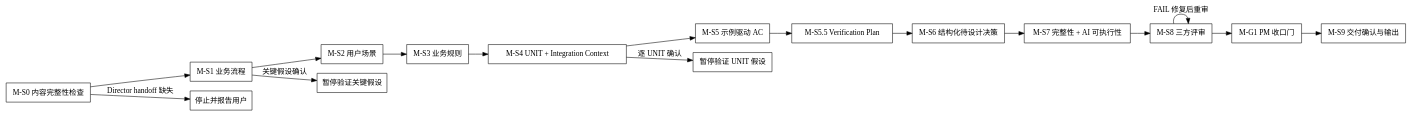
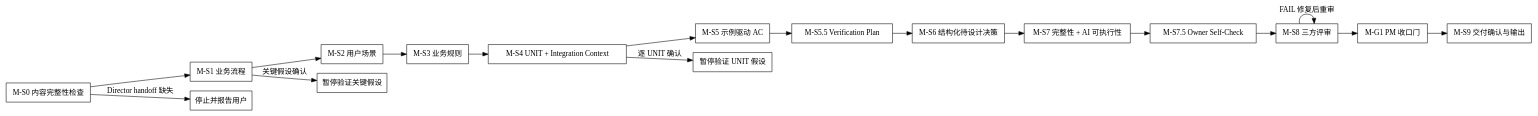
Before and after one commit to jieli-cqwl/org-claude-skills: the diagram in shared/skills/product-manager/SKILL.md, drawn with Graphviz. The commit also changed other lines of this file and 88 other files, not shown here.

````diff
--- a/shared/skills/product-manager/SKILL.md
+++ b/shared/skills/product-manager/SKILL.md
@@ -69,21 +80,22 @@
 ```dot
 digraph product_manager_flow {
   rankdir=LR;
   node [shape=box];
   "M-S0 内容完整性检查" -> "M-S1 业务流程";
   "M-S1 业务流程" -> "M-S2 用户场景";
   "M-S2 用户场景" -> "M-S3 业务规则";
   "M-S3 业务规则" -> "M-S4 UNIT + Integration Context";
   "M-S4 UNIT + Integration Context" -> "M-S5 示例驱动 AC";
   "M-S5 示例驱动 AC" -> "M-S5.5 Verification Plan";
   "M-S5.5 Verification Plan" -> "M-S6 结构化待设计决策";
   "M-S6 结构化待设计决策" -> "M-S7 完整性 + AI 可执行性";
-  "M-S7 完整性 + AI 可执行性" -> "M-S8 三方评审";
+  "M-S7 完整性 + AI 可执行性" -> "M-S7.5 Owner Self-Check";
+  "M-S7.5 Owner Self-Check" -> "M-S8 三方评审";
   "M-S8 三方评审" -> "M-G1 PM 收口门";
   "M-G1 PM 收口门" -> "M-S9 交付确认与输出";
   "M-S0 内容完整性检查" -> "停止并报告用户" [label="Director handoff 缺失"];
   "M-S1 业务流程" -> "暂停验证关键假设" [label="关键假设确认"];
   "M-S4 UNIT + Integration Context" -> "暂停验证 UNIT 假设" [label="逐 UNIT 确认"];
   "M-S8 三方评审" -> "M-S8 三方评审" [label="FAIL 修复后重审"];
 }
 ```
````
